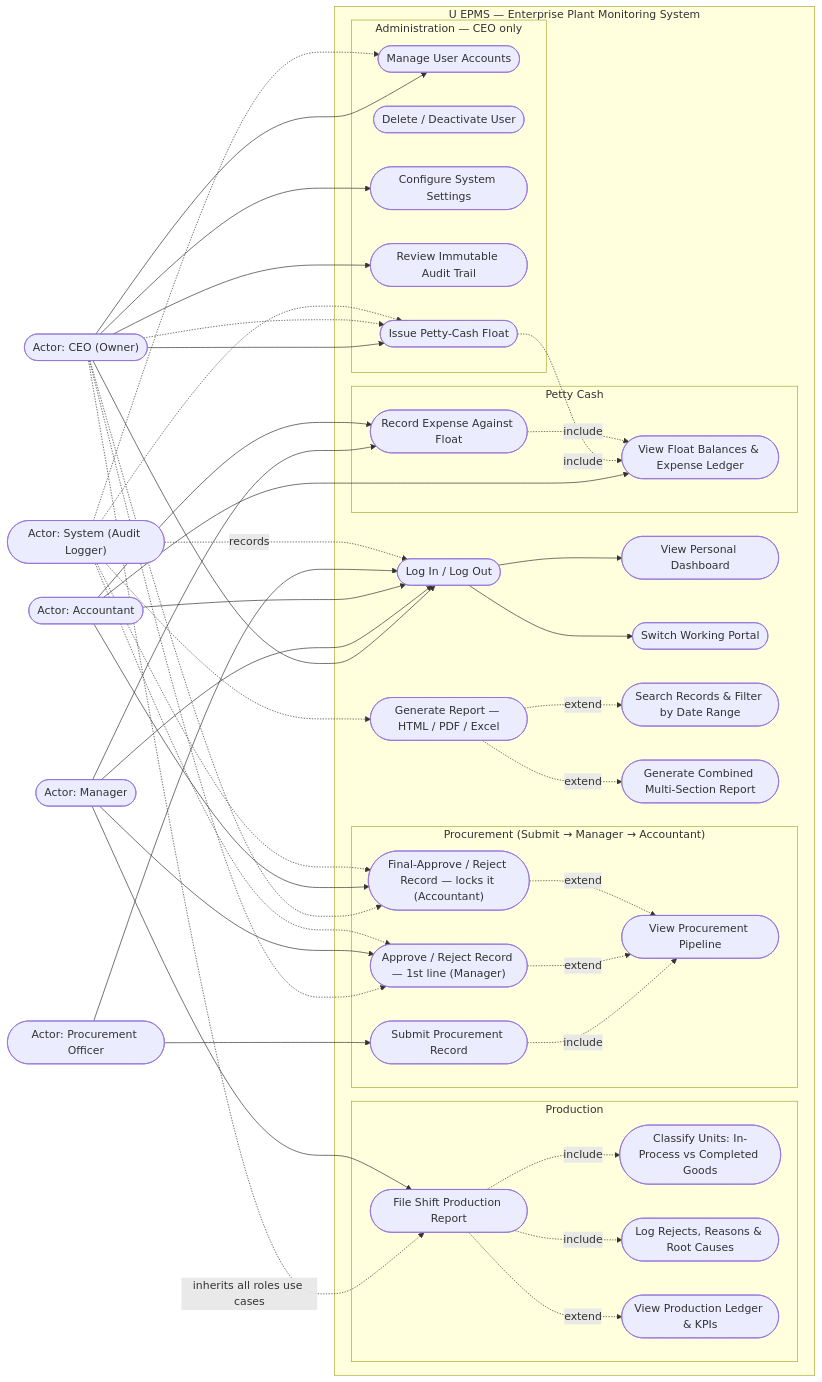
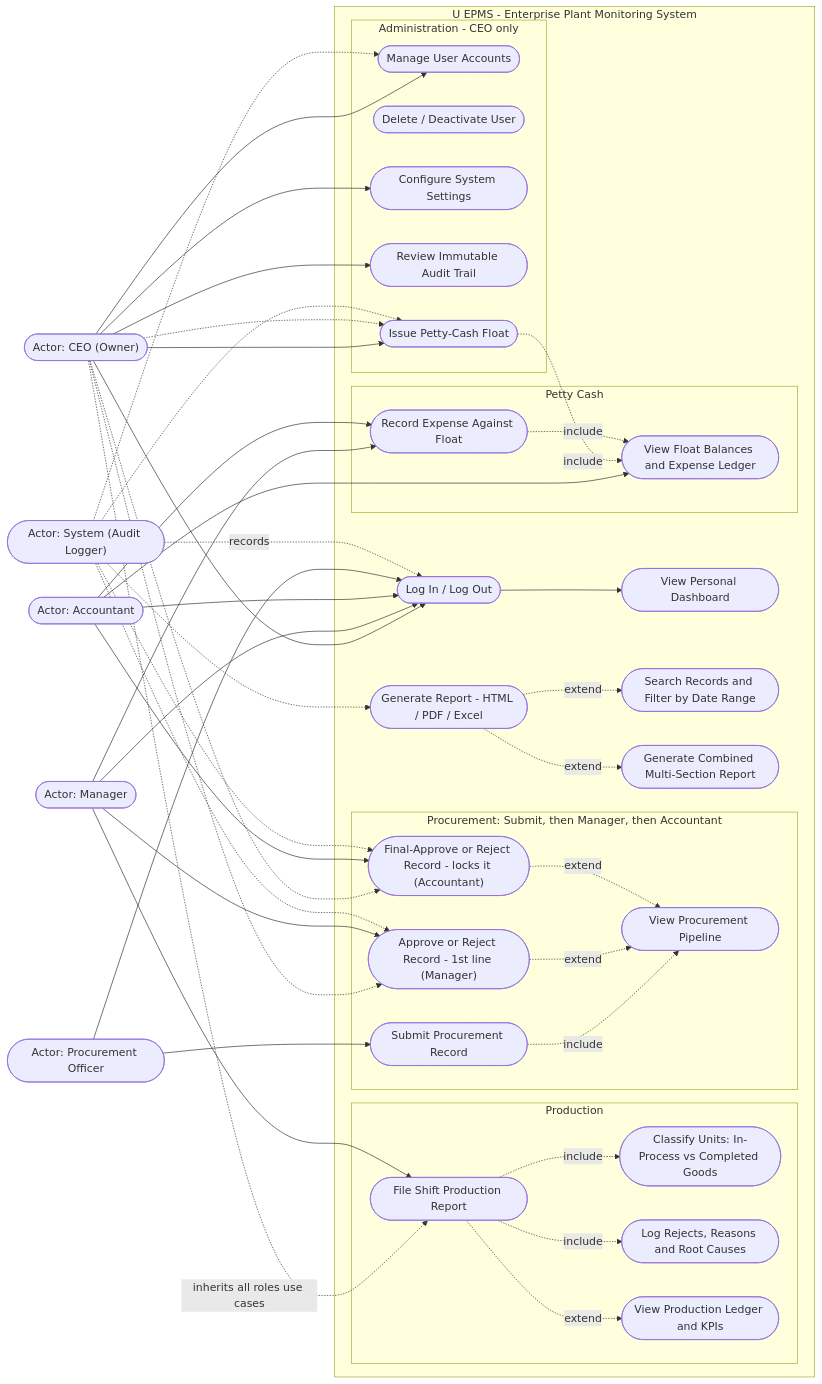
One commit to yohan-sudo/epms-local changed the diagram in docs/01-use-case-diagram.md. Above: the diagram before and after it, drawn with Mermaid. The commit also changed other lines of this file and 62 other files, not shown here.

First line of the commit message:
Remove role switcher, enforce uppercase names, make docs pure portable Mermaid

````diff
--- a/docs/01-use-case-diagram.md
+++ b/docs/01-use-case-diagram.md
@@ -23,11 +23,10 @@
 ```mermaid
-flowchart LR
-    subgraph UEPMS["U EPMS — Enterprise Plant Monitoring System"]
+graph LR
+    subgraph UEPMS["U EPMS - Enterprise Plant Monitoring System"]
         UC1(["Log In / Log Out"])
         UC2(["View Personal Dashboard"])
-        UC3(["Switch Working Portal"])
 
-        subgraph Admin["Administration — CEO only"]
+        subgraph Admin["Administration - CEO only"]
             UC10(["Manage User Accounts"])
             UC11(["Delete / Deactivate User"])
             UC12(["Configure System Settings"])
@@ -38,24 +37,24 @@
         subgraph Prod["Production"]
             UC20(["File Shift Production Report"])
             UC21(["Classify Units: In-Process vs Completed Goods"])
-            UC22(["Log Rejects, Reasons & Root Causes"])
-            UC23(["View Production Ledger & KPIs"])
+            UC22(["Log Rejects, Reasons and Root Causes"])
+            UC23(["View Production Ledger and KPIs"])
         end
 
-        subgraph Proc["Procurement (Submit → Manager → Accountant)"]
+        subgraph Proc["Procurement: Submit, then Manager, then Accountant"]
             UC30(["Submit Procurement Record"])
-            UC31(["Approve / Reject Record — 1st line (Manager)"])
-            UC32(["Final-Approve / Reject Record — locks it (Accountant)"])
+            UC31(["Approve or Reject Record - 1st line (Manager)"])
+            UC32(["Final-Approve or Reject Record - locks it (Accountant)"])
             UC33(["View Procurement Pipeline"])
         end
 
         subgraph Cash["Petty Cash"]
             UC40(["Record Expense Against Float"])
-            UC41(["View Float Balances & Expense Ledger"])
+            UC41(["View Float Balances and Expense Ledger"])
         end
 
-        UC50(["Search Records & Filter by Date Range"])
-        UC60(["Generate Report — HTML / PDF / Excel"])
+        UC50(["Search Records and Filter by Date Range"])
+        UC60(["Generate Report - HTML / PDF / Excel"])
         UC61(["Generate Combined Multi-Section Report"])
     end
 
@@ -69,7 +68,7 @@
     CEO --> UC12
     CEO --> UC13
     CEO --> UC14
-    CEO -. "inherits all roles use cases" .-> UC20
+    CEO -.->|"inherits all roles use cases"| UC20
     CEO -.-> UC31
     CEO -.-> UC32
     CEO -.-> UC14
@@ -85,20 +84,19 @@
     PO --> UC30
 
     UC1 --> UC2
-    UC1 --> UC3
 
-    UC20 -. include .-> UC21
-    UC20 -. include .-> UC22
-    UC20 -. extend .-> UC23
-    UC30 -. include .-> UC33
-    UC31 -. extend .-> UC33
-    UC32 -. extend .-> UC33
-    UC14 -. include .-> UC41
-    UC40 -. include .-> UC41
-    UC60 -. extend .-> UC50
-    UC60 -. extend .-> UC61
+    UC20 -.->|"include"| UC21
+    UC20 -.->|"include"| UC22
+    UC20 -.->|"extend"| UC23
+    UC30 -.->|"include"| UC33
+    UC31 -.->|"extend"| UC33
+    UC32 -.->|"extend"| UC33
+    UC14 -.->|"include"| UC41
+    UC40 -.->|"include"| UC41
+    UC60 -.->|"extend"| UC50
+    UC60 -.->|"extend"| UC61
 
-    SYS(["Actor: System (Audit Logger)"]) -. records .-> UC1
+    SYS(["Actor: System (Audit Logger)"]) -.->|"records"| UC1
     SYS -.-> UC10
     SYS -.-> UC31
     SYS -.-> UC32
````
